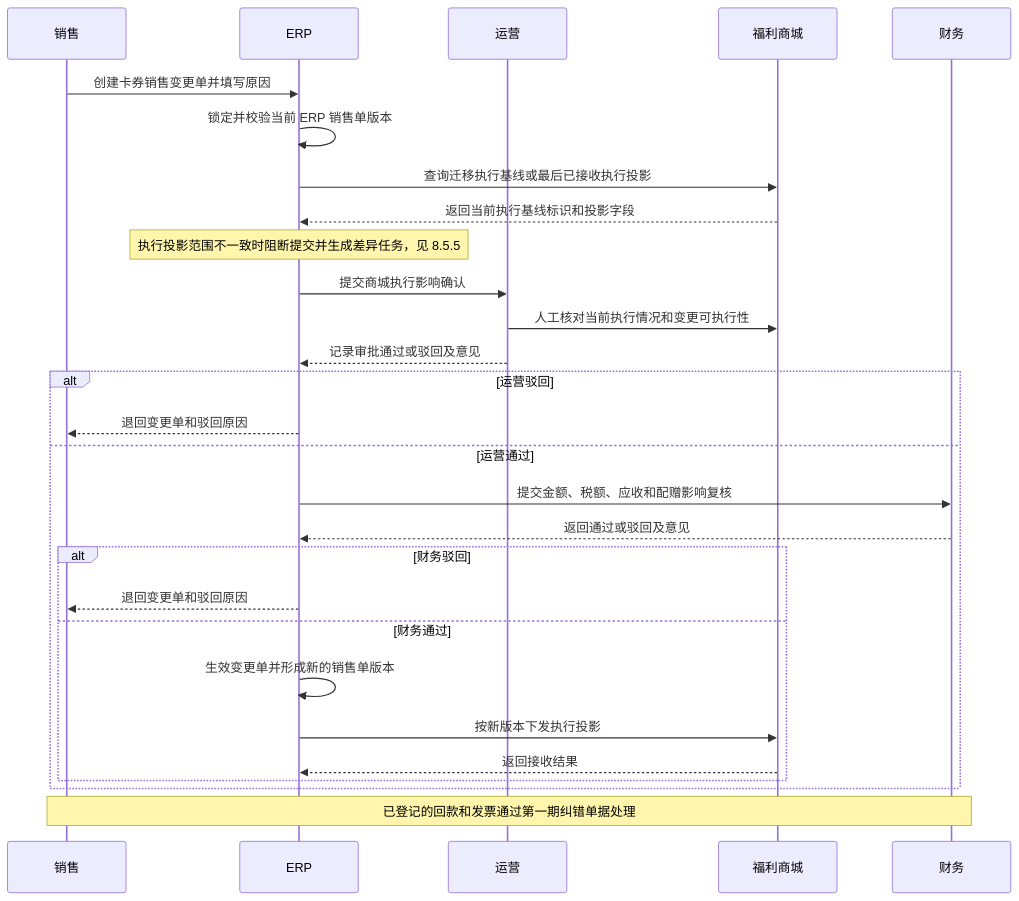
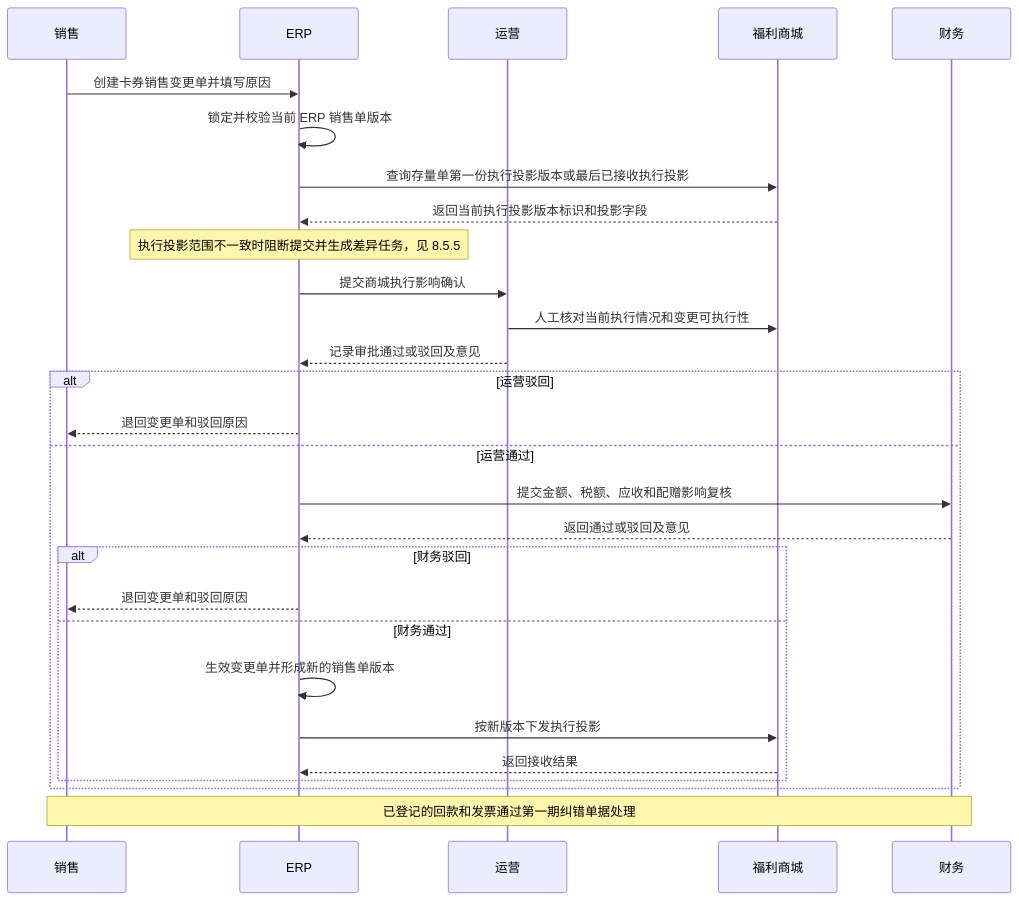
The fourth of 5 diagrams in docs/erp-phase-2.md (mztlive/erp), drawn with Mermaid before and after one commit. The commit also changed other lines of this file and 37 other files, not shown here.

````diff
--- a/docs/erp-phase-2.md
+++ b/docs/erp-phase-2.md
@@ -528,31 +527,31 @@
 ```mermaid
 sequenceDiagram
   participant 销售
   participant ERP
   participant 运营
   participant 商城 as 福利商城
   participant 财务
 
   销售->>ERP: 创建卡券销售变更单并填写原因
   ERP->>ERP: 锁定并校验当前 ERP 销售单版本
-  ERP->>商城: 查询迁移执行基线或最后已接收执行投影
-  商城-->>ERP: 返回当前执行基线标识和投影字段
+  ERP->>商城: 查询存量单第一份执行投影版本或最后已接收执行投影
+  商城-->>ERP: 返回当前执行投影版本标识和投影字段
   Note over ERP: 执行投影范围不一致时阻断提交并生成差异任务，见 8.5.5
   ERP->>运营: 提交商城执行影响确认
   运营->>商城: 人工核对当前执行情况和变更可执行性
   运营-->>ERP: 记录审批通过或驳回及意见
   alt 运营驳回
     ERP-->>销售: 退回变更单和驳回原因
   else 运营通过
     ERP->>财务: 提交金额、税额、应收和配赠影响复核
     财务-->>ERP: 返回通过或驳回及意见
     alt 财务驳回
       ERP-->>销售: 退回变更单和驳回原因
     else 财务通过
       ERP->>ERP: 生效变更单并形成新的销售单版本
       ERP->>商城: 按新版本下发执行投影
       商城-->>ERP: 返回接收结果
     end
   end
   Note over 销售,财务: 已登记的回款和发票通过第一期纠错单据处理
 ```
````
